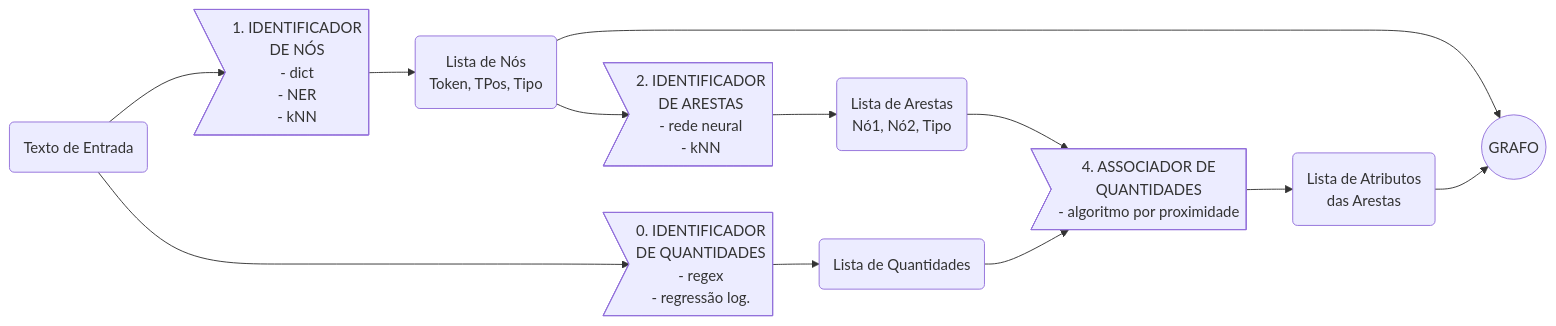
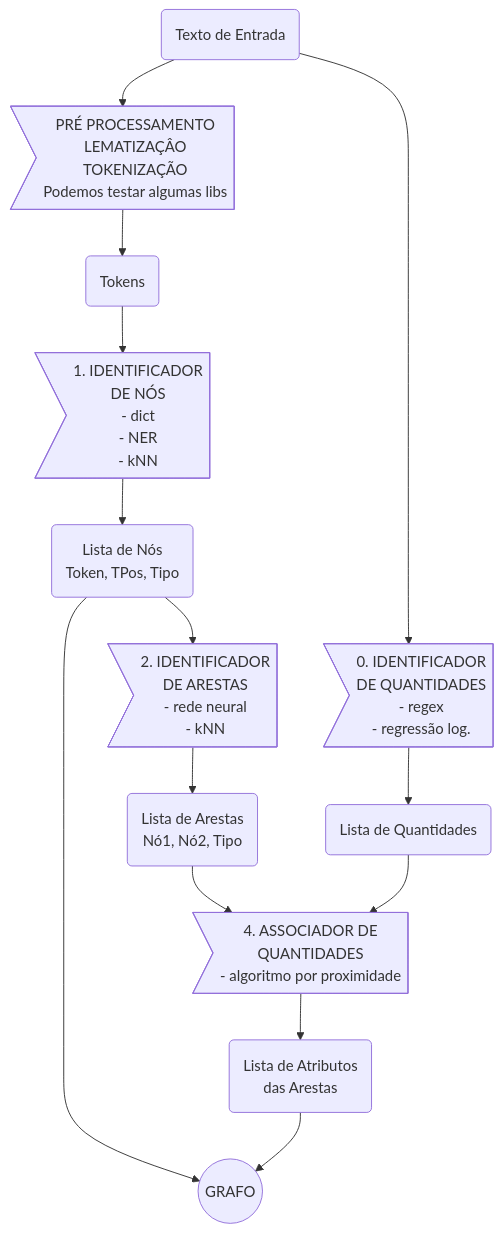
The diagram in project02/docs/planejamento_p2.md (AnaBeatrizHidalgo/Diplotokens-P1), drawn with Mermaid before and after one commit. The commit also changed 5 other files, not shown here.

````diff
--- a/project02/docs/planejamento_p2.md
+++ b/project02/docs/planejamento_p2.md
@@ -3,30 +3,34 @@
 ```mermaid
-flowchart LR;
+flowchart TD;
 
-    T(Texto de Entrada)
+    TEXT(Texto de Entrada)
+    P>PRÉ PROCESSAMENTO\nLEMATIZAÇÂO\nTOKENIZAÇÃO\nPodemos testar algumas libs]
+    TOKENS(Tokens)
     N>1. IDENTIFICADOR\n DE NÓS\n- dict\n- NER\n- kNN]
     LN(Lista de Nós\nToken, TPos, Tipo)
     E>2. IDENTIFICADOR\n DE ARESTAS\n- rede neural\n- kNN]
     LE(Lista de Arestas\nNó1, Nó2, Tipo)
     Q>0. IDENTIFICADOR\n DE QUANTIDADES\n- regex\n- regressão log.]
     QA>4. ASSOCIADOR DE\n QUANTIDADES\n- algoritmo por proximidade]
     LQ(Lista de Quantidades)
     LT(Lista de Atributos\n das Arestas)
     G((GRAFO))
 
-    T --> N
+    TEXT --> P
+    P --> TOKENS
+    TOKENS --> N
     N --> LN
     LN --> E
     E --> LE
     LE --> QA
 
-    T --> Q
+    TEXT --> Q
     Q --> LQ
     LQ --> QA
 
     QA --> LT
 
     LN --> G
     LT --> G
     
 ```
````
